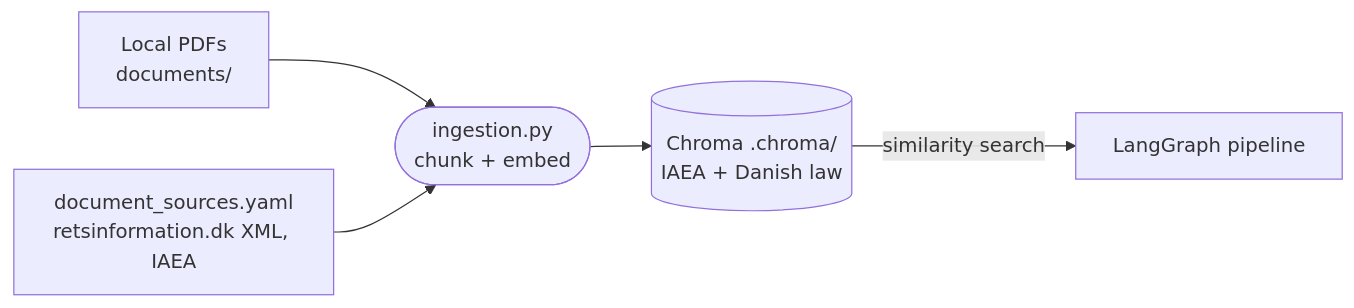
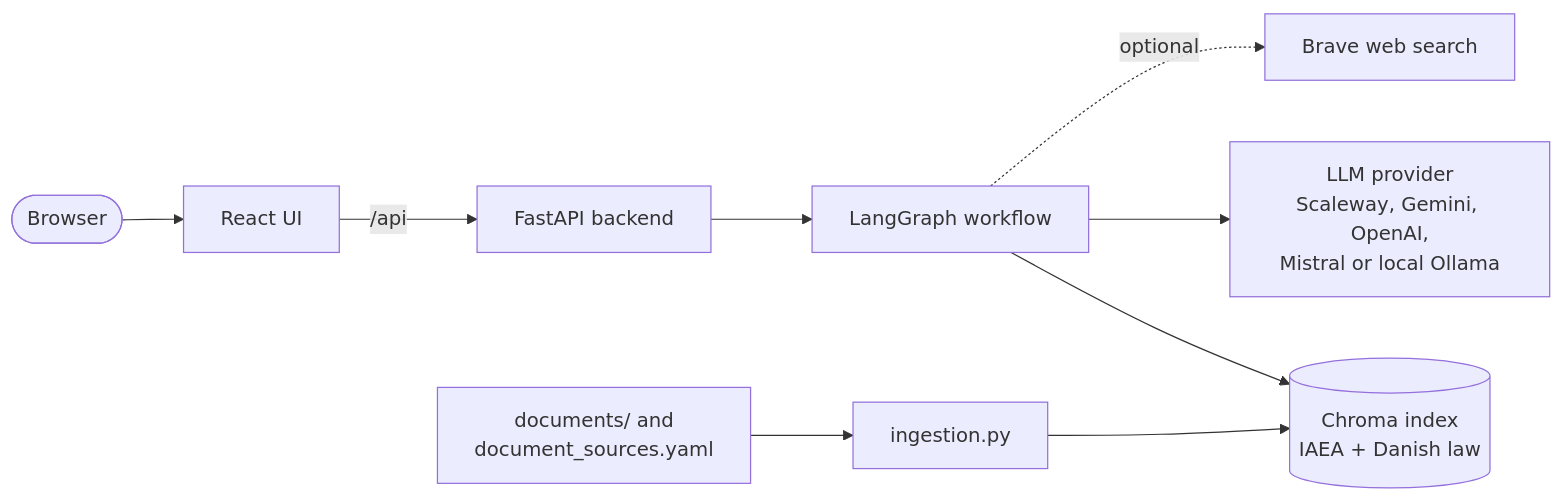
Before and after one commit to eikrad/Radiationsafety: the first of 2 diagrams in README.md, drawn with Mermaid. The commit also changed other lines of this file and 6 other files, not shown here.

````diff
--- a/README.md
+++ b/README.md
@@ -79,7 +33,11 @@
 ```mermaid
 flowchart LR
-    PDFS[Local PDFs<br/>documents/] --> INGEST
-    URLS[document_sources.yaml<br/>retsinformation.dk XML, IAEA] --> INGEST
-    INGEST([ingestion.py<br/>chunk + embed]) --> CHROMA
-    CHROMA[(Chroma .chroma/<br/>IAEA + Danish law)] -->|similarity search| PIPELINE[LangGraph pipeline]
+    USER(["Browser"]) --> UI["React UI"]
+    UI -->|"/api"| API["FastAPI backend"]
+    API --> GRAPH["LangGraph workflow"]
+    GRAPH --> INDEX[("Chroma index<br/>IAEA + Danish law")]
+    GRAPH --> LLM["LLM provider<br/>Scaleway, Gemini, OpenAI,<br/>Mistral or local Ollama"]
+    GRAPH -.->|"optional"| WEB["Brave web search"]
+    DOCS["documents/ and<br/>document_sources.yaml"] --> INGEST["ingestion.py"]
+    INGEST --> INDEX
 ```
````
